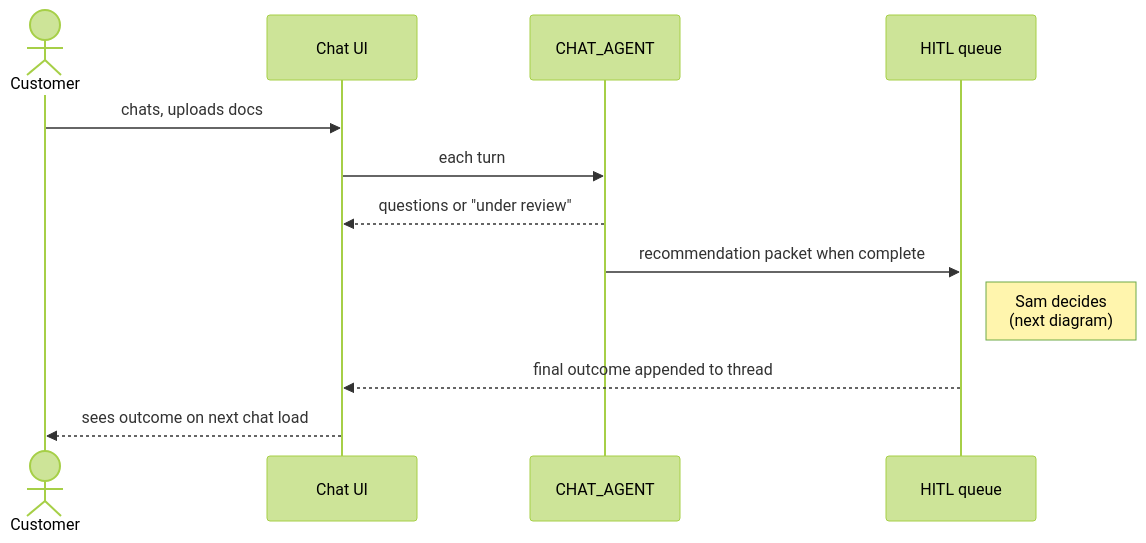
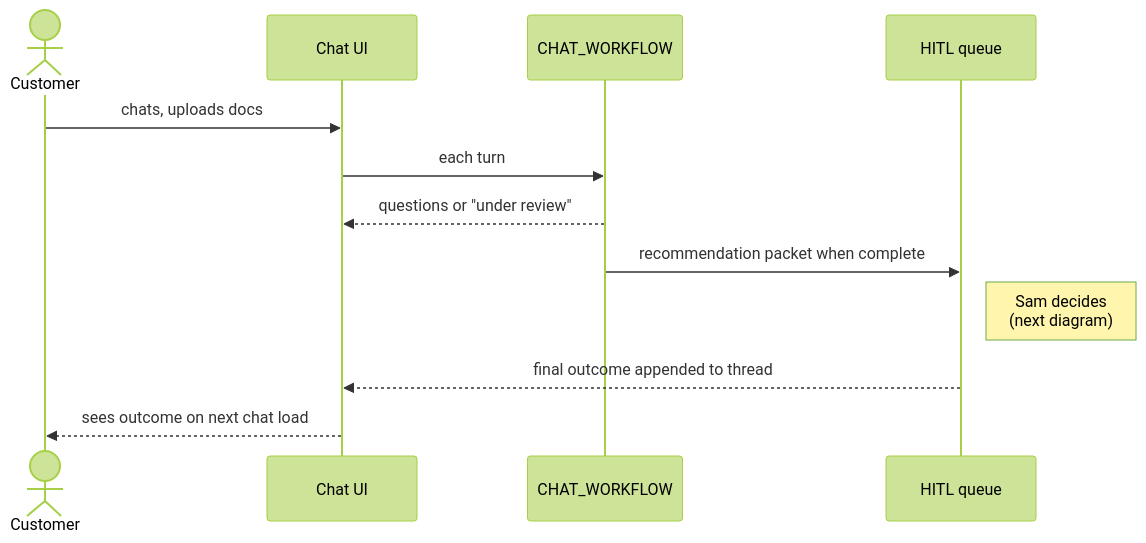
The second of 4 diagrams in README.md (vmleon/oracle-database-private-agent-factory-poc), drawn with Mermaid (forest theme) before and after one commit. The commit also changed other lines of this file and 15 other files, not shown here.

Commit message:
feat(chat_workflow): split into evaluation + recommendation agents

````diff
--- a/README.md
+++ b/README.md
@@ -40,14 +40,14 @@
 ```mermaid
 sequenceDiagram
     actor Customer
     participant Chat as Chat UI
-    participant Agent as CHAT_AGENT
+    participant Agent as CHAT_WORKFLOW
     participant HITL as HITL queue
     Customer->>Chat: chats, uploads docs
     Chat->>Agent: each turn
     Agent-->>Chat: questions or "under review"
     Agent->>HITL: recommendation packet when complete
     Note right of HITL: Sam decides<br/>(next diagram)
     HITL-->>Chat: final outcome appended to thread
     Chat-->>Customer: sees outcome on next chat load
 ```
````
